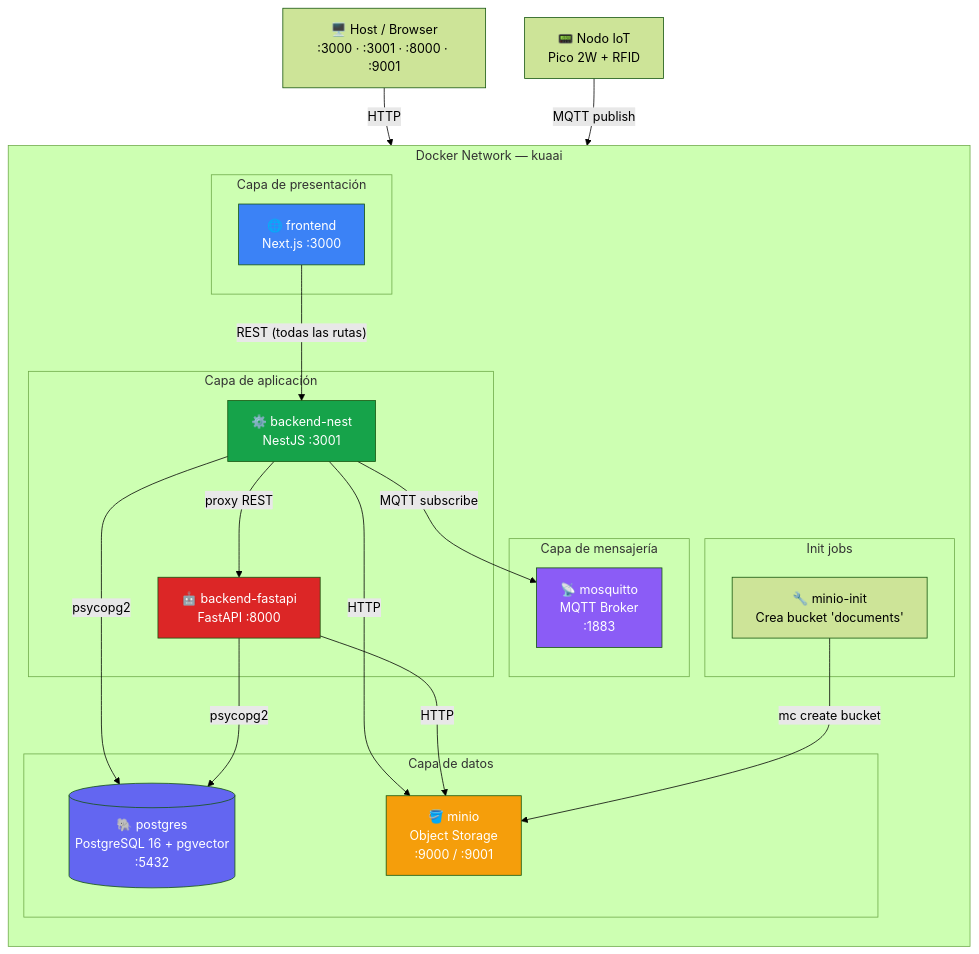
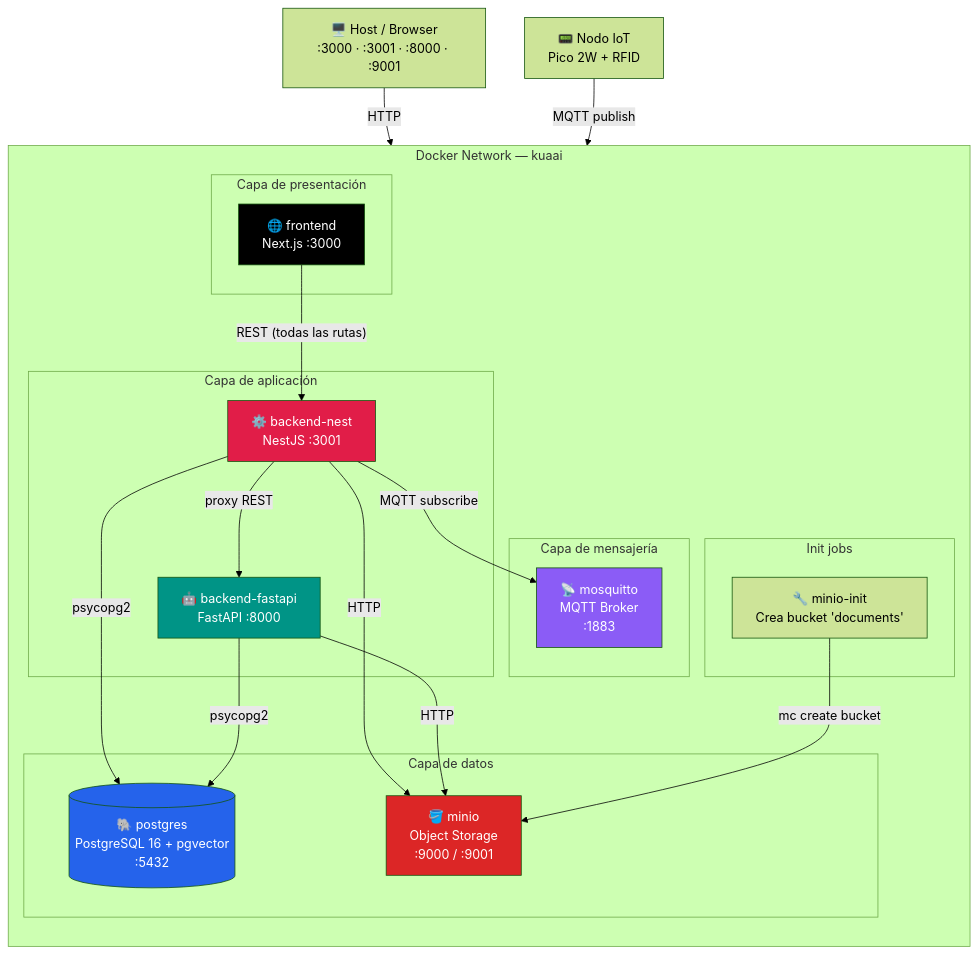
One commit to marianodr/kuaai-intelligent-hrms changed the third of 13 diagrams in ARCHITECTURE.md. Above: the diagram before and after it, drawn with Mermaid (forest theme). The commit also changed other lines of this file, not shown here.

First line of the commit message:
docs: actualizar paleta de colores de los diagramas en ARCHITECTURE.md

````diff
--- a/ARCHITECTURE.md
+++ b/ARCHITECTURE.md
@@ -135,49 +135,49 @@
 ```mermaid
 graph TB
     subgraph "Docker Network — kuaai"
         direction TB
 
         subgraph "Capa de presentación"
             FE["🌐 frontend\nNext.js :3000"]
         end
 
         subgraph "Capa de aplicación"
             NEST["⚙️ backend-nest\nNestJS :3001"]
             FAPI["🤖 backend-fastapi\nFastAPI :8000"]
         end
 
         subgraph "Capa de mensajería"
             MQTT["📡 mosquitto\nMQTT Broker\n:1883"]
         end
 
         subgraph "Capa de datos"
             PG[("🐘 postgres\nPostgreSQL 16 + pgvector\n:5432")]
             MINIO["🪣 minio\nObject Storage\n:9000 / :9001"]
         end
 
         subgraph "Init jobs"
             MINIO_INIT["🔧 minio-init\nCrea bucket 'documents'"]
         end
     end
 
     HOST["🖥️ Host / Browser\n:3000 · :3001 · :8000 · :9001"]
     IOT["📟 Nodo IoT\nPico 2W + RFID"]
 
     HOST -->|"HTTP"| FE
     FE -->|"REST (todas las rutas)"| NEST
     NEST -->|"proxy REST"| FAPI
     NEST -->|"psycopg2"| PG
     NEST -->|"HTTP"| MINIO
     NEST -->|"MQTT subscribe"| MQTT
     FAPI -->|"psycopg2"| PG
     FAPI -->|"HTTP"| MINIO
     IOT -->|"MQTT publish"| MQTT
     MINIO_INIT -->|"mc create bucket"| MINIO
 
-    style FE fill:#3b82f6,color:#fff
-    style NEST fill:#16a34a,color:#fff
-    style FAPI fill:#dc2626,color:#fff
-    style PG fill:#6366f1,color:#fff
-    style MINIO fill:#f59e0b,color:#fff
-    style MQTT fill:#8b5cf6,color:#fff
+    style FE fill:#000000,color:#fff
+    style NEST fill:#e11d48,color:#fff
+    style FAPI fill:#009486,color:#fff
+    style PG fill:#2563EB,color:#fff
+    style MINIO fill:#DC2626,color:#fff
+    style MQTT fill:#8B5CF6,color:#fff
 ```
````
